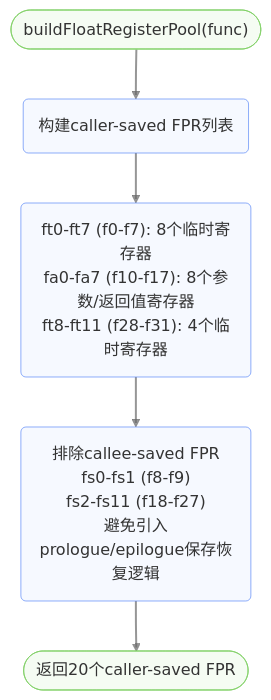
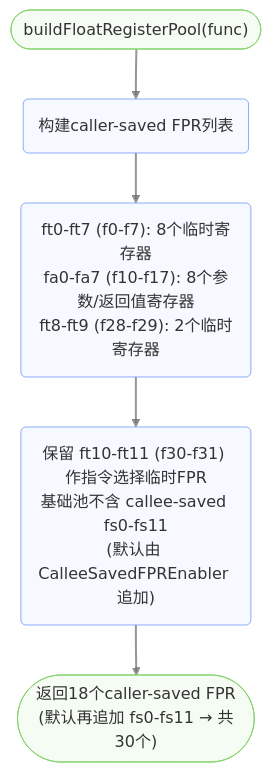
Before and after one commit to LLLLLLLLazy/compiler-lite: the second of 12 diagrams in docs/backend-fpregalloc.md, drawn with Mermaid. The commit also changed other lines of this file and 9 other files, not shown here.

````diff
--- a/docs/backend-fpregalloc.md
+++ b/docs/backend-fpregalloc.md
@@ -62,20 +62,20 @@
 ```mermaid
 flowchart TD
     Start(["buildFloatRegisterPool(func)"]) --> BuildPool("构建caller-saved FPR列表")
 
-    BuildPool --> ListRegs("ft0-ft7 (f0-f7): 8个临时寄存器<br>fa0-fa7 (f10-f17): 8个参数/返回值寄存器<br>ft8-ft11 (f28-f31): 4个临时寄存器")
+    BuildPool --> ListRegs("ft0-ft7 (f0-f7): 8个临时寄存器<br>fa0-fa7 (f10-f17): 8个参数/返回值寄存器<br>ft8-ft9 (f28-f29): 2个临时寄存器")
 
-    ListRegs --> ExcludeCallee("排除callee-saved FPR<br>fs0-fs1 (f8-f9)<br>fs2-fs11 (f18-f27)<br>避免引入prologue/epilogue保存恢复逻辑")
+    ListRegs --> ExcludeCallee("保留 ft10-ft11 (f30-f31) 作指令选择临时FPR<br>基础池不含 callee-saved fs0-fs11<br>(默认由 CalleeSavedFPREnabler 追加)")
 
-    ExcludeCallee --> Return(["返回20个caller-saved FPR"])
+    ExcludeCallee --> Return(["返回18个caller-saved FPR<br>(默认再追加 fs0-fs11 → 共30个)"])
 
     %%Node styles
     classDef default fill:#E2EAFE4F,stroke:#5A88F6AF
     classDef endNode fill:#DDF4D84F,stroke:#7DCF62AF
 
     %%Link styles
     linkStyle default stroke:#666666AF,stroke-width:2px
 
     %%Node classes
     class Start,Return endNode
 ```
````
